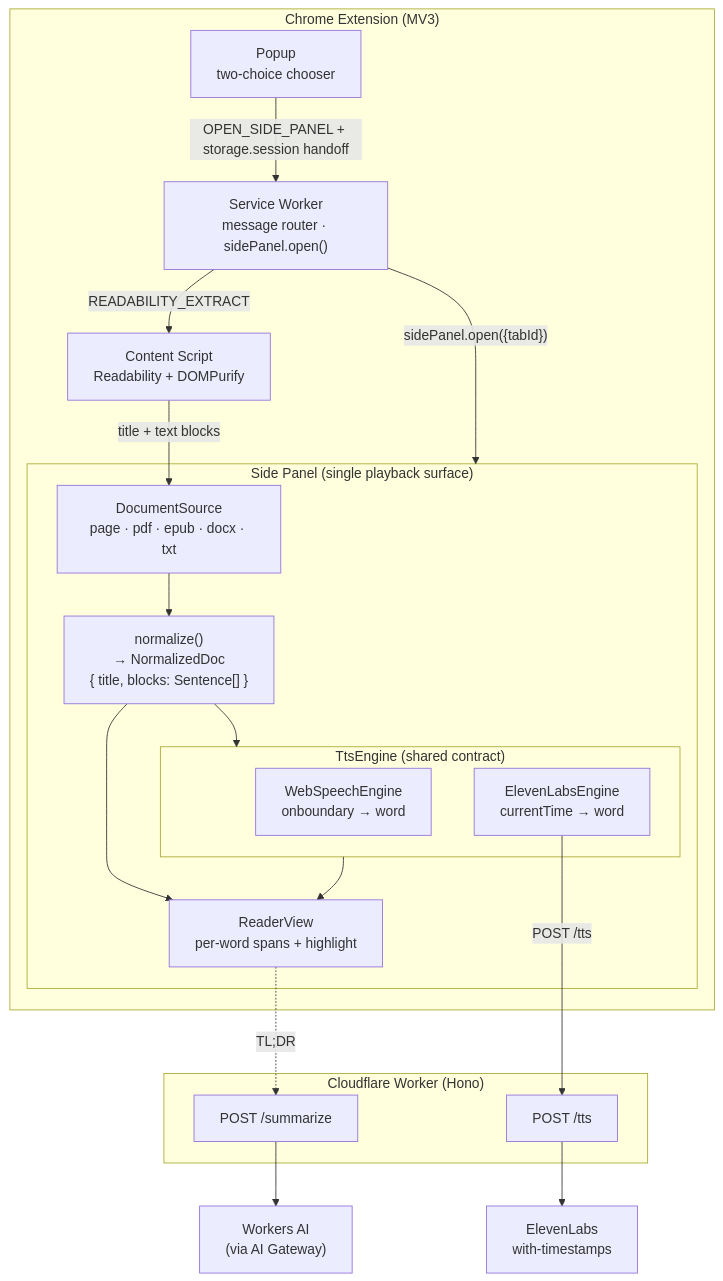
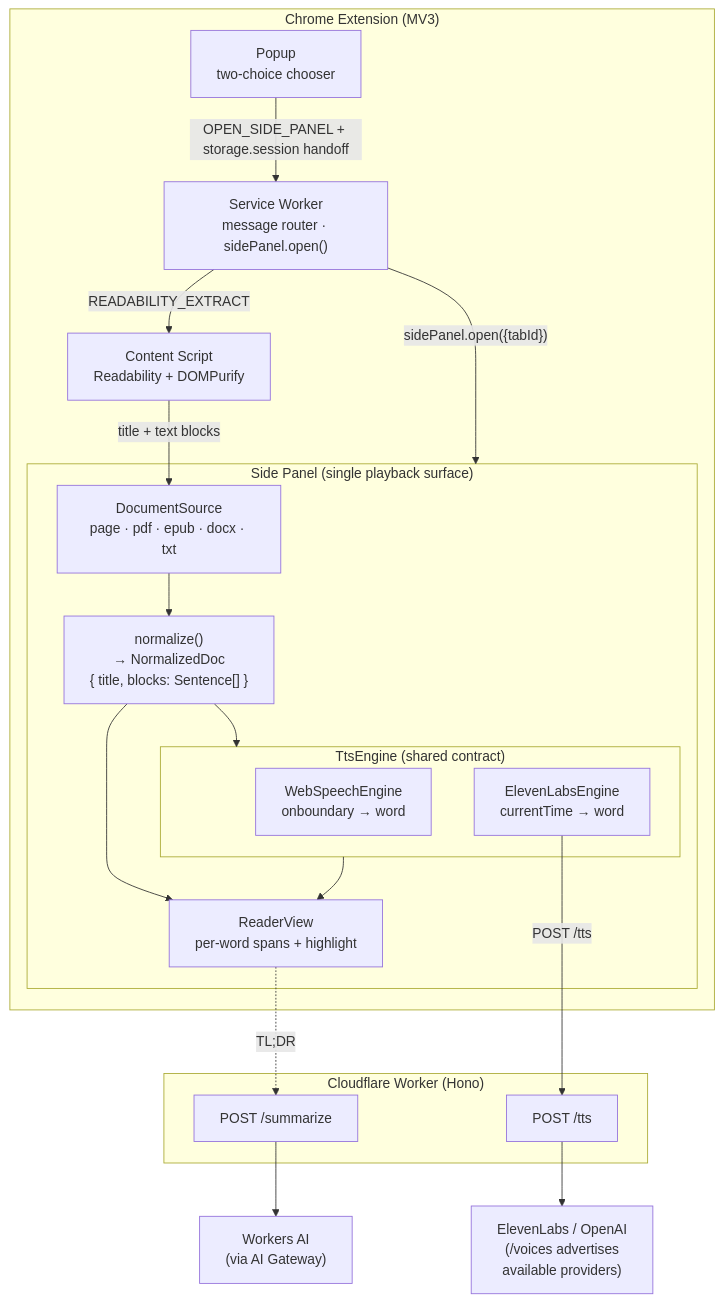
The diagram in README.md (gastonche/read-aloud), drawn with Mermaid before and after one commit. The commit also changed other lines of this file and 20 other files, not shown here.

First line of the commit message:
feat(0.3.0): OpenAI voices + backend-driven, key-gated voice catalog

````diff
--- a/README.md
+++ b/README.md
@@ -60,37 +62,37 @@
 ```mermaid
 flowchart TB
   subgraph EXT["Chrome Extension (MV3)"]
     POPUP["Popup<br/>two-choice chooser"]
     SW["Service Worker<br/>message router · sidePanel.open()"]
     CS["Content Script<br/>Readability + DOMPurify"]
     subgraph PANEL["Side Panel (single playback surface)"]
       SRC["DocumentSource<br/>page · pdf · epub · docx · txt"]
       NORM["normalize()<br/>→ NormalizedDoc<br/>{ title, blocks: Sentence[] }"]
       READER["ReaderView<br/>per-word spans + highlight"]
       subgraph TTS["TtsEngine (shared contract)"]
         WS["WebSpeechEngine<br/>onboundary → word"]
         EL["ElevenLabsEngine<br/>currentTime → word"]
       end
     end
   end
 
   subgraph CF["Cloudflare Worker (Hono)"]
     SUM["POST /summarize"]
     TTSR["POST /tts"]
   end
 
   AIGW["Workers AI<br/>(via AI Gateway)"]
-  XI["ElevenLabs<br/>with-timestamps"]
+  XI["ElevenLabs / OpenAI<br/>(/voices advertises<br/>available providers)"]
 
   POPUP -- "OPEN_SIDE_PANEL + storage.session handoff" --> SW
   SW -- "sidePanel.open({tabId})" --> PANEL
   SW -- "READABILITY_EXTRACT" --> CS
   CS -- "title + text blocks" --> SRC
   SRC --> NORM --> READER
   NORM --> TTS
   TTS --> READER
   EL -- "POST /tts" --> TTSR
   READER -. "TL;DR" .-> SUM
   SUM --> AIGW
   TTSR --> XI
 ```
````
